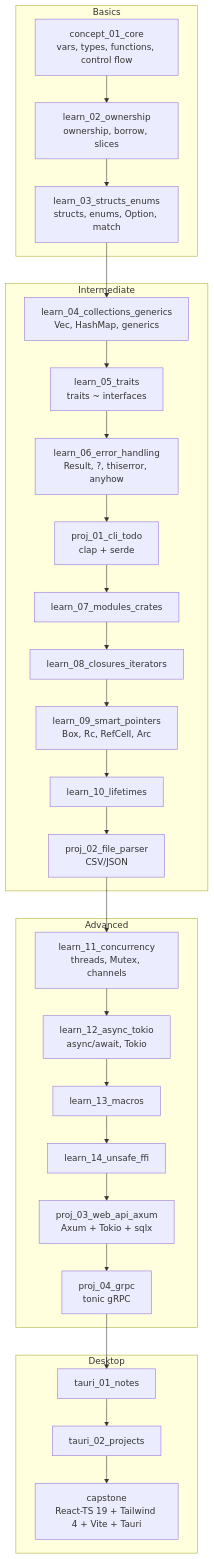
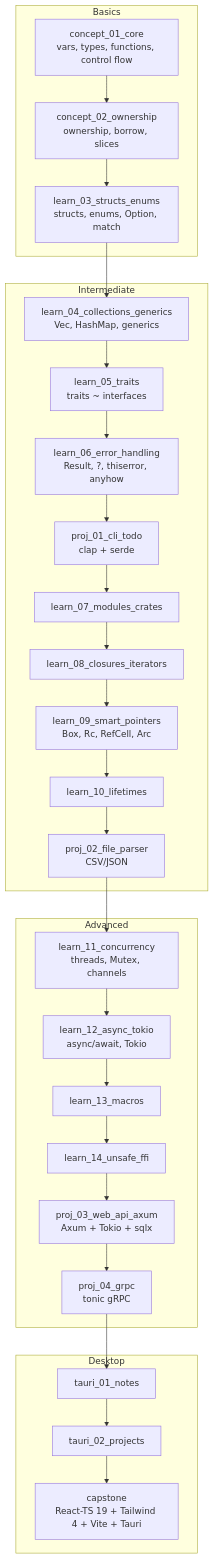
One commit to devravinder/learn-rust changed the diagram in README.md. Above: the diagram before and after it, drawn with Mermaid. The commit also changed 9 other files, not shown here.

````diff
--- a/README.md
+++ b/README.md
@@ -43,31 +43,31 @@
 ```mermaid
 graph TD
     subgraph Basics
-        A[concept_01_core<br/>vars, types, functions, control flow] --> B[learn_02_ownership<br/>ownership, borrow, slices]
+        A[concept_01_core<br/>vars, types, functions, control flow] --> B[concept_02_ownership<br/>ownership, borrow, slices]
         B --> C[learn_03_structs_enums<br/>structs, enums, Option, match]
     end
     subgraph Intermediate
         C --> D[learn_04_collections_generics<br/>Vec, HashMap, generics]
         D --> E[learn_05_traits<br/>traits ~ interfaces]
         E --> F[learn_06_error_handling<br/>Result, ?, thiserror, anyhow]
         F --> P1[proj_01_cli_todo<br/>clap + serde]
         P1 --> G[learn_07_modules_crates]
         G --> H[learn_08_closures_iterators]
         H --> I[learn_09_smart_pointers<br/>Box, Rc, RefCell, Arc]
         I --> J[learn_10_lifetimes]
         J --> P2[proj_02_file_parser<br/>CSV/JSON]
     end
     subgraph Advanced
         P2 --> K[learn_11_concurrency<br/>threads, Mutex, channels]
         K --> L[learn_12_async_tokio<br/>async/await, Tokio]
         L --> M[learn_13_macros]
         M --> N[learn_14_unsafe_ffi]
         N --> P3[proj_03_web_api_axum<br/>Axum + Tokio + sqlx]
         P3 --> P4[proj_04_grpc<br/>tonic gRPC]
     end
     subgraph Desktop
         P4 --> T1[tauri_01_notes]
         T1 --> T2[tauri_02_projects]
         T2 --> CAP[capstone<br/>React-TS 19 + Tailwind 4 + Vite + Tauri]
     end
 ```
````
